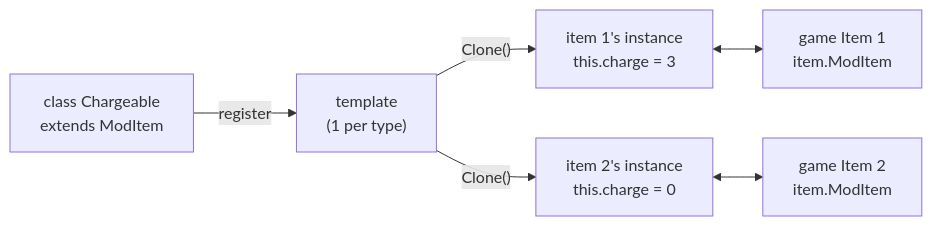
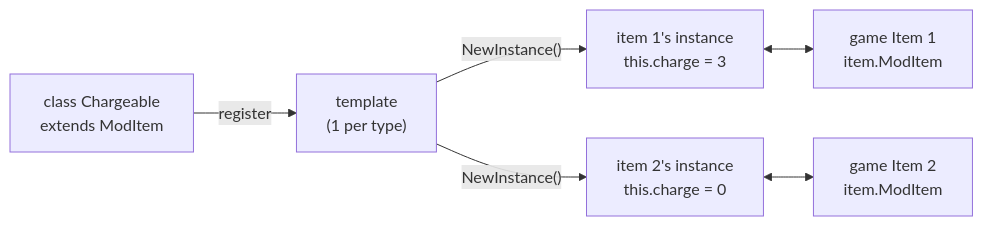
One commit to JonataOliveiraa/Bunny-Loader changed the diagram in docs/mods/04-conteudo-novo.md. Above: the diagram before and after it, drawn with Mermaid. The commit also changed other lines of this file and 20 other files, not shown here.

Commit message:
fix: a fresh ModNPC/ModProjectile/ModItem instance per entity (NewInstance), restart the sprite batch around mod NPCs that draw, BestiaryRarityStars, AnimationType outside vanilla and music set in AI

````diff
--- a/docs/mods/04-conteudo-novo.md
+++ b/docs/mods/04-conteudo-novo.md
@@ -287,8 +296,8 @@
 ```mermaid
 flowchart LR
     C["class Chargeable<br/>extends ModItem"] -- "register" --> M["template<br/>(1 per type)"]
-    M -- "Clone()" --> I1["item 1's instance<br/>this.charge = 3"]
-    M -- "Clone()" --> I2["item 2's instance<br/>this.charge = 0"]
+    M -- "NewInstance()" --> I1["item 1's instance<br/>this.charge = 3"]
+    M -- "NewInstance()" --> I2["item 2's instance<br/>this.charge = 0"]
     I1 <--> E1["game Item 1<br/>item.ModItem"]
     I2 <--> E2["game Item 2<br/>item.ModItem"]
 ```
````
